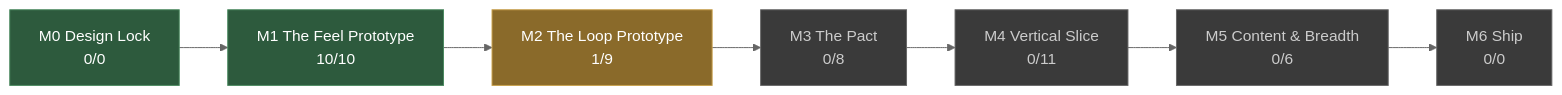
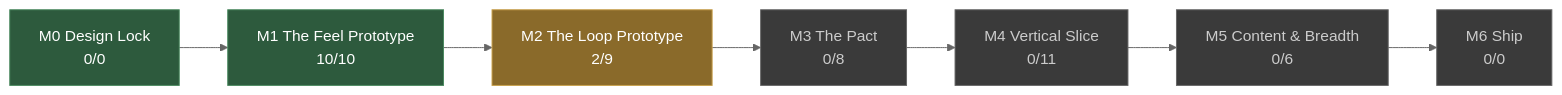
Before and after one commit to JoshuaGessner/she: the diagram in docs/STATUS.md, drawn with Mermaid (neutral theme). The commit also changed other lines of this file and 32 other files, not shown here.

````diff
--- a/docs/STATUS.md
+++ b/docs/STATUS.md
@@ -13,19 +13,19 @@
 ```mermaid
 flowchart LR
   M0["M0 Design Lock<br/>0/0"]:::passed
   M1["M1 The Feel Prototype<br/>10/10"]:::passed
   M0 --> M1
-  M2["M2 The Loop Prototype<br/>1/9"]:::current
+  M2["M2 The Loop Prototype<br/>2/9"]:::current
   M1 --> M2
   M3["M3 The Pact<br/>0/8"]:::ahead
   M2 --> M3
   M4["M4 Vertical Slice<br/>0/11"]:::ahead
   M3 --> M4
   M5["M5 Content & Breadth<br/>0/6"]:::ahead
   M4 --> M5
   M6["M6 Ship<br/>0/0"]:::ahead
   M5 --> M6
   classDef passed fill:#2d5a3d,stroke:#4a8a5f,color:#fff
   classDef current fill:#8a6a2a,stroke:#c8a04a,color:#fff
   classDef ahead fill:#3a3a3a,stroke:#666,color:#ccc
 ```
````
